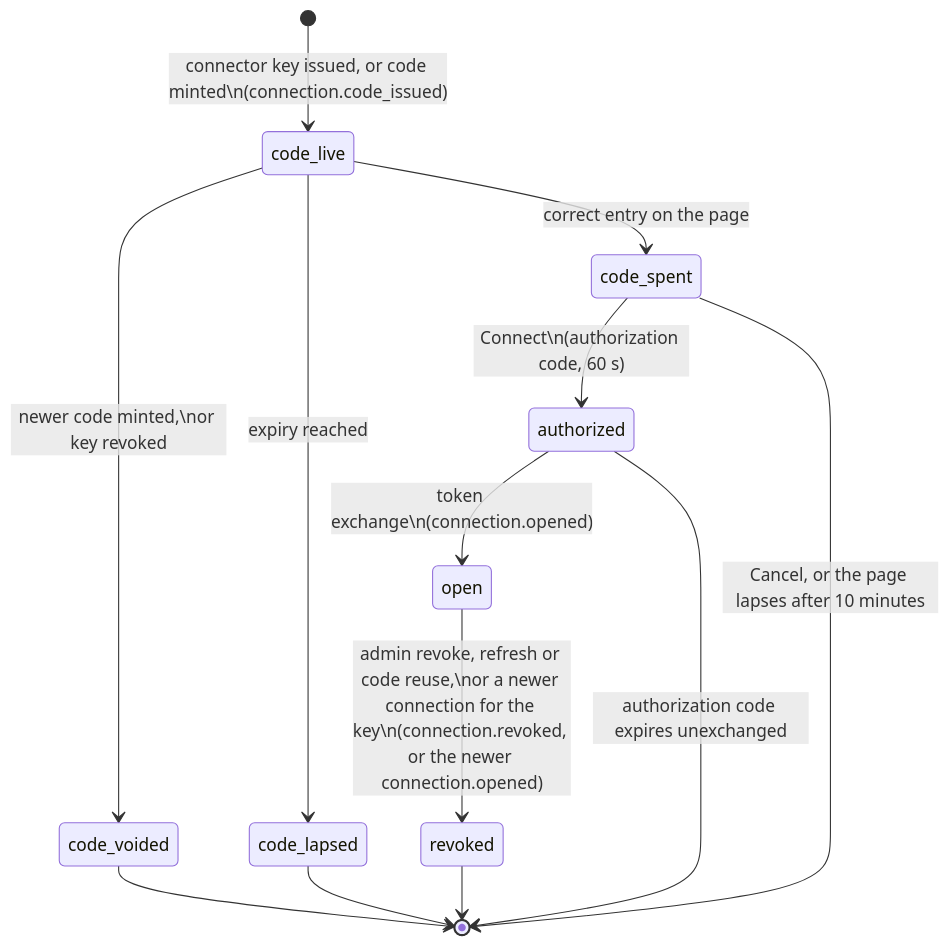
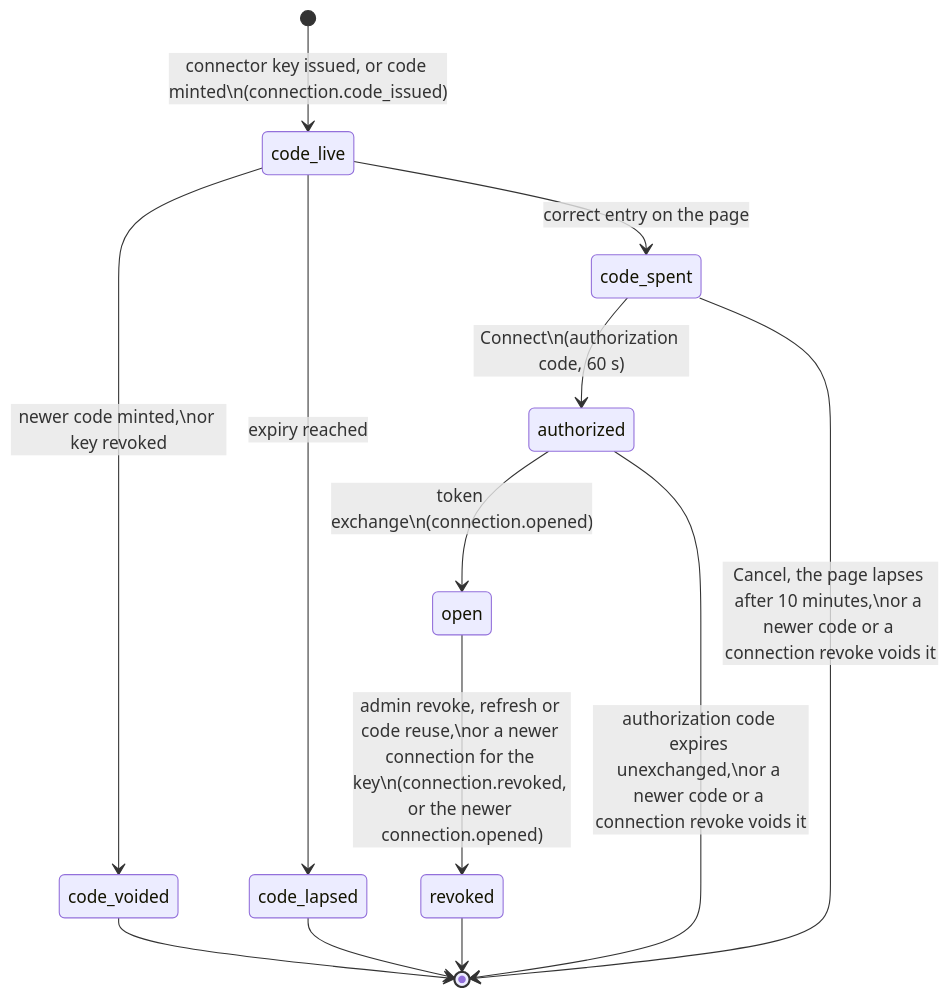
Before and after one commit to e8kor/open-memory-lab: the second of 2 diagrams in docs/architecture/roles-and-keys.md, drawn with Mermaid. The commit also changed other lines of this file and 15 other files, not shown here.

````diff
--- a/docs/architecture/roles-and-keys.md
+++ b/docs/architecture/roles-and-keys.md
@@ -571,15 +579,15 @@
 ```mermaid
 stateDiagram-v2
     [*] --> code_live : connector key issued, or code minted\n(connection.code_issued)
     code_live --> code_voided : newer code minted,\nor key revoked
     code_live --> code_lapsed : expiry reached
     code_live --> code_spent : correct entry on the page
     code_spent --> authorized : Connect\n(authorization code, 60 s)
-    code_spent --> [*] : Cancel, or the page lapses after 10 minutes
+    code_spent --> [*] : Cancel, the page lapses after 10 minutes,\nor a newer code or a connection revoke voids it
     authorized --> open : token exchange\n(connection.opened)
-    authorized --> [*] : authorization code expires unexchanged
+    authorized --> [*] : authorization code expires unexchanged,\nor a newer code or a connection revoke voids it
     open --> revoked : admin revoke, refresh or code reuse,\nor a newer connection for the key\n(connection.revoked, or the newer connection.opened)
     code_voided --> [*]
     code_lapsed --> [*]
     revoked --> [*]
 ```
````
